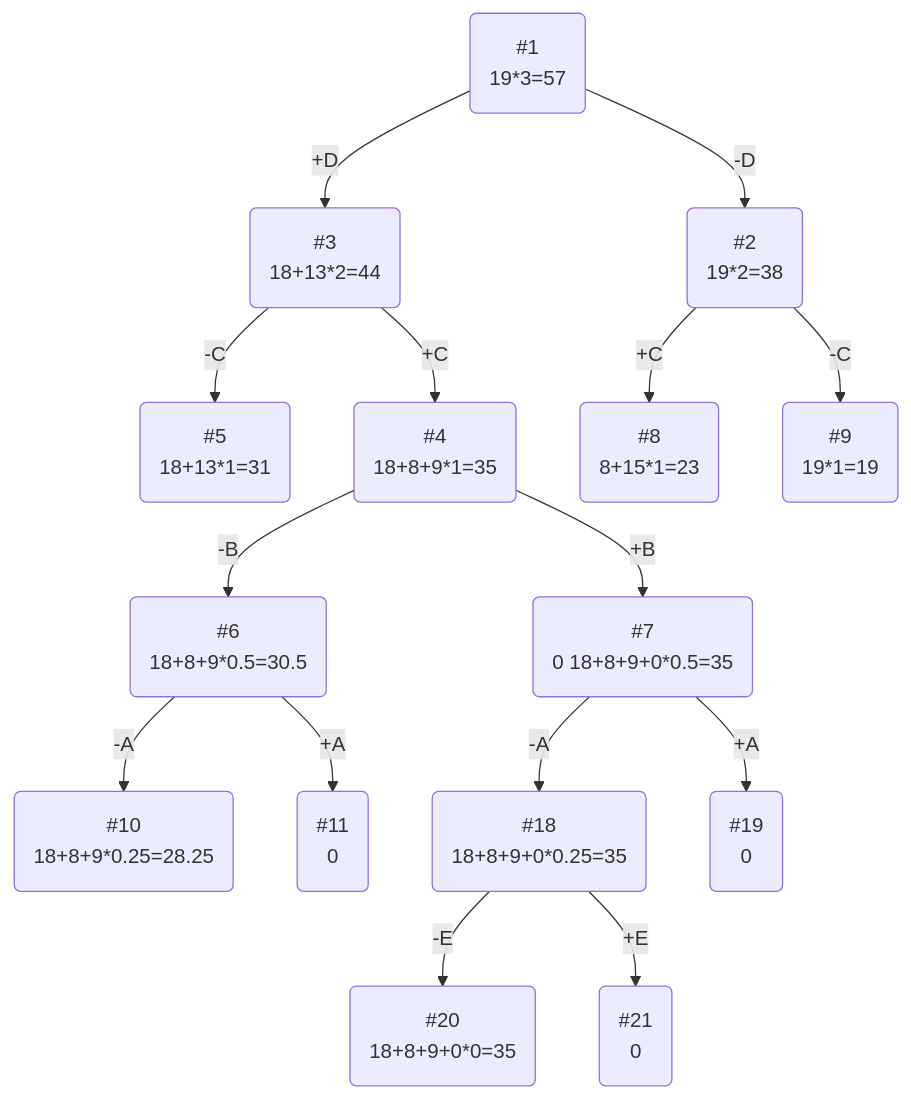
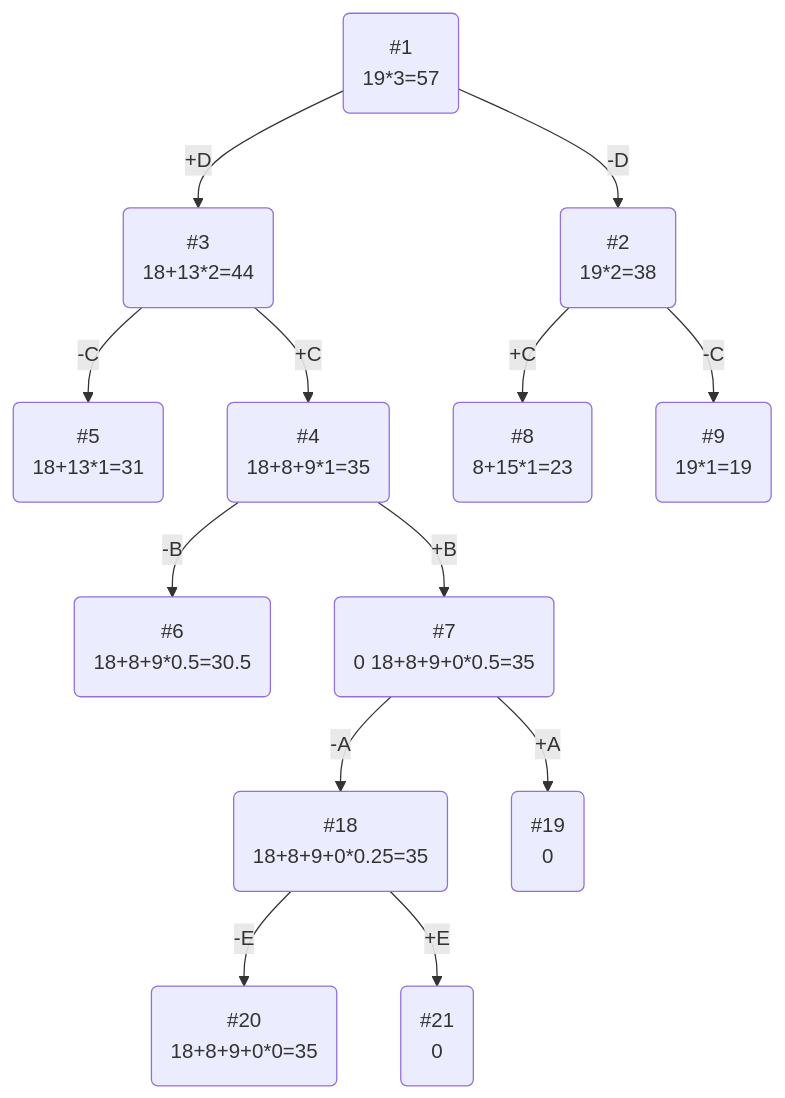
Before and after one commit to hse-algo-24-owl/manual-tasks-owl: the diagram in task-11/catsVSalgos.md, drawn with Mermaid. The commit also changed other lines of this file, not shown here.

````diff
--- a/task-11/catsVSalgos.md
+++ b/task-11/catsVSalgos.md
@@ -53,17 +53,15 @@
 ```mermaid
 graph TB
     1(#1\n19*3=57)-->|-D|2(#2\n 19*2=38)
     1-->|+D|3(#3\n 18+13*2=44)
     3-->|-C|4(#5\n 18+13*1=31)
     3-->|+C|5(#4\n 18+8+9*1=35)
     5-->|-B|6(#6\n 18+8+9*0.5=30.5)
     5-->|+B|7(#7\n0 18+8+9+0*0.5=35)
     7-->|-A| 18(#18\n 18+8+9+0*0.25=35)
     7-->|+A| 19(#19\n 0)
     18-->|-E| 20(#20\n 18+8+9+0*0=35)
     18-->|+E| 21(#21\n 0)
     2-->|+C|8(#8\n 8+15*1=23)
     2-->|-C|9(#9\n 19*1=19)
-    6-->|-A|10(#10\n 18+8+9*0.25=28.25)
-    6-->|+A|11(#11\n 0)
 ```
````
